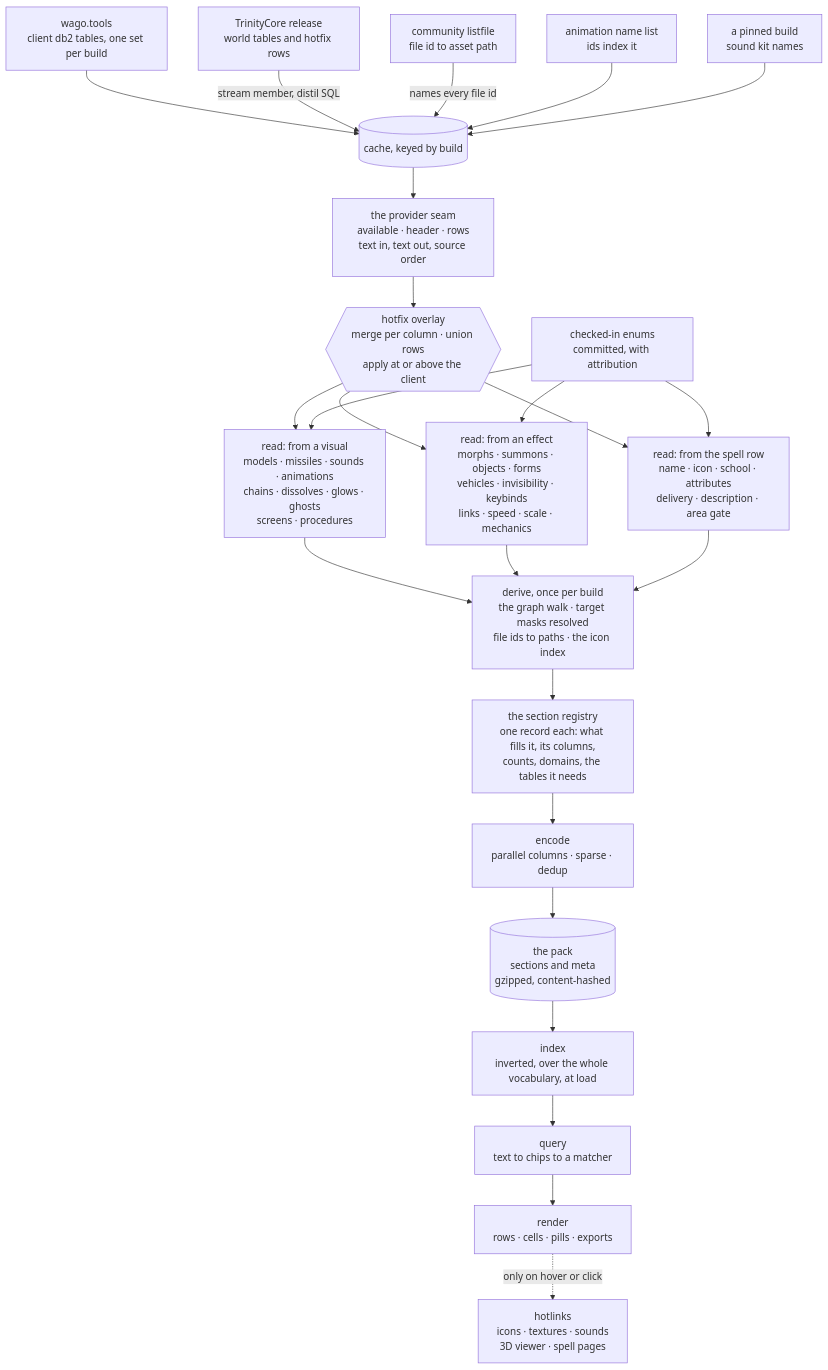
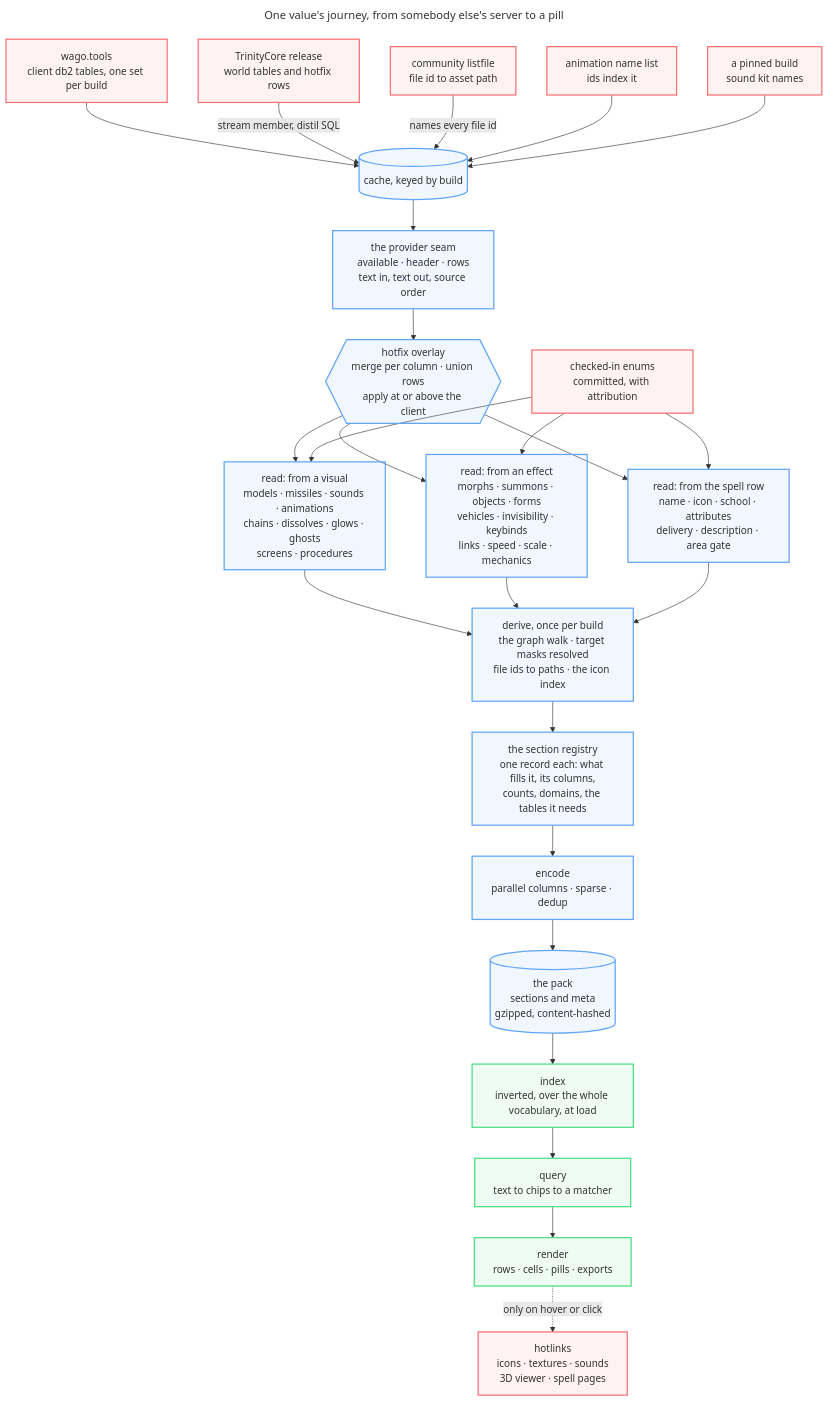
Before and after one commit to Natans8/Epsilook: the first of 9 diagrams in docs/DATA_ROUTES.md, drawn with Mermaid. The commit also changed other lines of this file and 2 other files, not shown here.

````diff
--- a/docs/DATA_ROUTES.md
+++ b/docs/DATA_ROUTES.md
@@ -17,40 +17,61 @@
 ```mermaid
+---
+title: One value's journey, from somebody else's server to a pill
+---
 flowchart TD
+    accTitle: The data pipeline, end to end
+    accDescr {
+      Six external sources land in a build cache, are read through one provider seam with a
+      hotfix overlay, interpreted by three families of readers, walked once, declared as sections,
+      encoded into a gzipped pack, and then indexed, queried and rendered in the browser. Hotlinks
+      are the only thing fetched afterwards, and only on hover or click.
+    }
+
     WAGO["wago.tools<br/>client db2 tables, one set per build"]
     TDB["TrinityCore release<br/>world tables and hotfix rows"]
     LIST["community listfile<br/>file id to asset path"]
     ANIM["animation name list<br/>ids index it"]
     PIN["a pinned build<br/>sound kit names"]
 
     CACHE[("cache, keyed by build")]
     WAGO --> CACHE
     TDB -->|"stream member, distil SQL"| CACHE
     LIST -->|"names every file id"| CACHE
     ANIM --> CACHE
     PIN --> CACHE
 
     CACHE --> PROV["the provider seam<br/>available · header · rows<br/>text in, text out, source order"]
     PROV --> OVL{{"hotfix overlay<br/>merge per column · union rows<br/>apply at or above the client"}}
 
     ENUM["checked-in enums<br/>committed, with attribution"]
     OVL --> VISR["read: from a visual<br/>models · missiles · sounds · animations<br/>chains · dissolves · glows · ghosts<br/>screens · procedures"]
     OVL --> EFFR["read: from an effect<br/>morphs · summons · objects · forms<br/>vehicles · invisibility · keybinds<br/>links · speed · scale · mechanics"]
     OVL --> ROWR["read: from the spell row<br/>name · icon · school · attributes<br/>delivery · description · area gate"]
     ENUM --> VISR
     ENUM --> EFFR
     ENUM --> ROWR
 
     WALK["derive, once per build<br/>the graph walk · target masks resolved<br/>file ids to paths · the icon index"]
     VISR --> WALK
     EFFR --> WALK
     ROWR --> WALK
 
     WALK --> SEC["the section registry<br/>one record each: what fills it, its columns,<br/>counts, domains, the tables it needs"]
     SEC --> ENC["encode<br/>parallel columns · sparse · dedup"]
     ENC --> PACK[("the pack<br/>sections and meta<br/>gzipped, content-hashed")]
 
     PACK --> IDX["index<br/>inverted, over the whole vocabulary, at load"]
     IDX --> QRY["query<br/>text to chips to a matcher"]
     QRY --> REN["render<br/>rows · cells · pills · exports"]
     REN -. "only on hover or click" .-> HOT["hotlinks<br/>icons · textures · sounds<br/>3D viewer · spell pages"]
+
+    %% Borders carry the grouping and the theme keeps the surface, so these read
+    %% on a light page and a dark one. A low-alpha fill tints either background.
+    classDef theirs fill:#f8717118,stroke:#f87171,stroke-width:2px
+    classDef ours fill:#60a5fa18,stroke:#60a5fa,stroke-width:2px
+    classDef browser fill:#4ade8018,stroke:#4ade80,stroke-width:2px
+    class WAGO,TDB,LIST,ANIM,PIN,ENUM theirs
+    class CACHE,PROV,OVL,VISR,EFFR,ROWR,WALK,SEC,ENC,PACK ours
+    class IDX,QRY,REN browser
+    class HOT theirs
 ```
````
